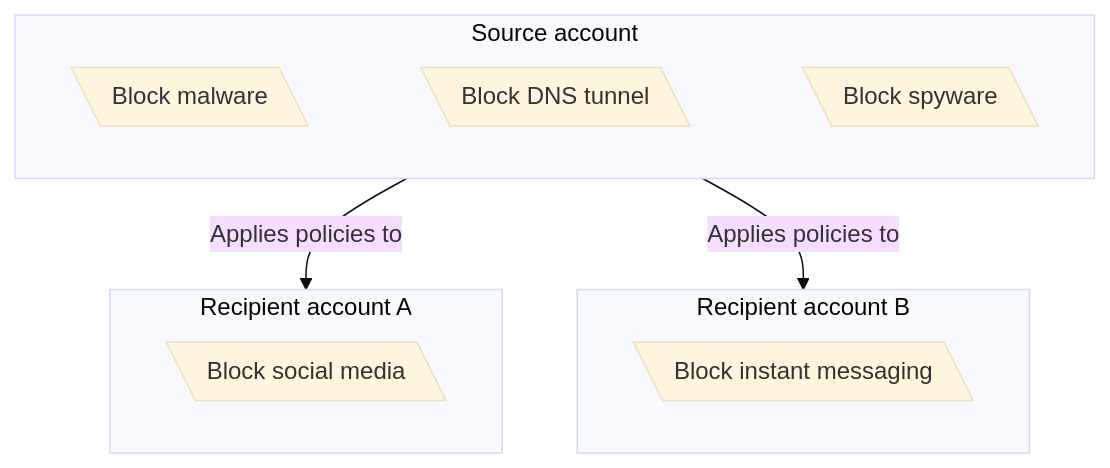
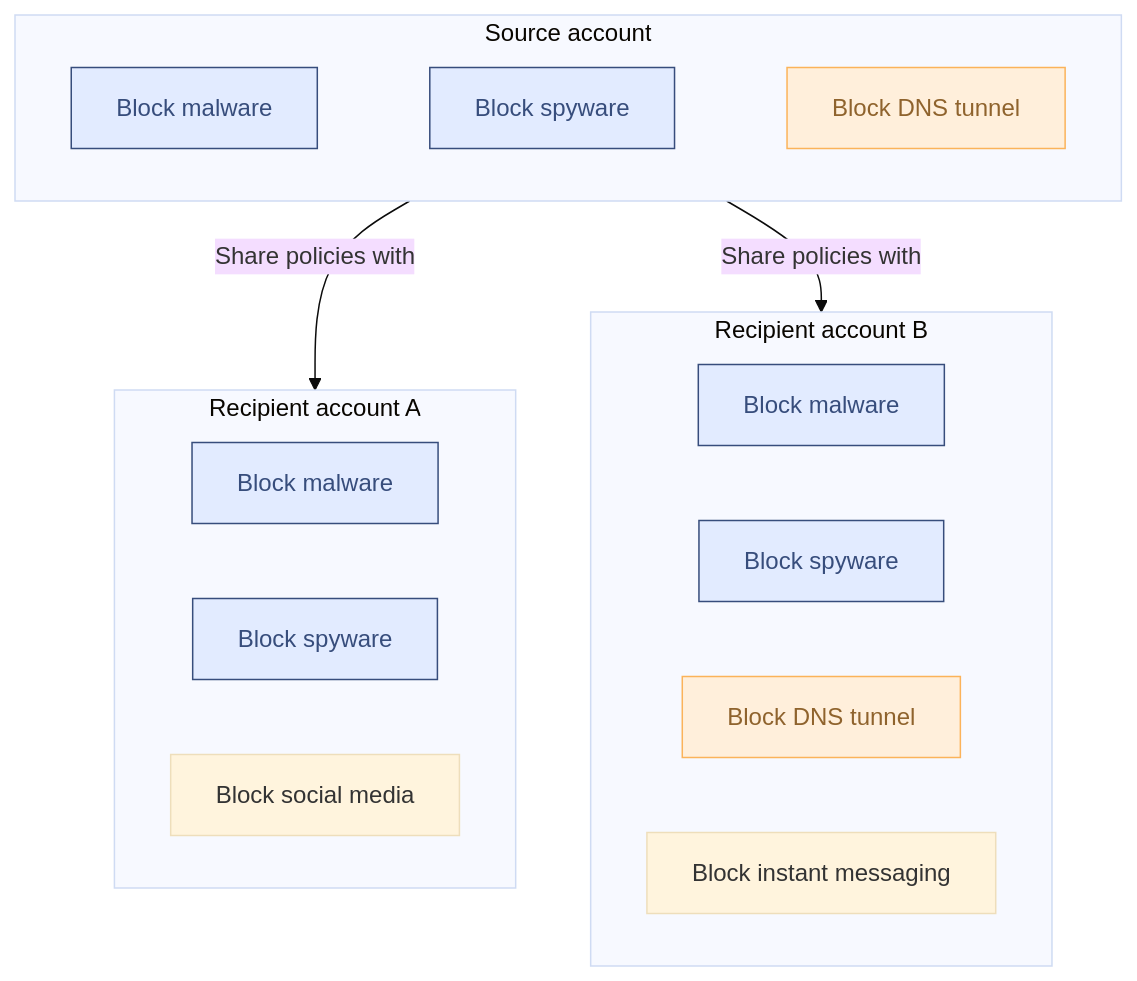
The diagram in src/content/docs/cloudflare-one/policies/gateway/tiered-policies/index.mdx (sofyanori111-png/cloudflare-docs), drawn with Mermaid (base theme) before and after one commit. The commit also changed other lines of this file and 1 other file, not shown here.

Commit message:
Update mermaid chart

````diff
--- a/src/content/docs/cloudflare-one/policies/gateway/tiered-policies/index.mdx
+++ b/src/content/docs/cloudflare-one/policies/gateway/tiered-policies/index.mdx
@@ -33,28 +35,43 @@
 ```mermaid
 flowchart TD
 %% Accessibility
  accTitle: How Gateway policies work in a tiered account configuration
- accDescr: Flowchart describing the order of precedence Gateway applies policies in a tiered account configuration.
+ accDescr: Flowchart describing the order of precedence Gateway applies policies in a tiered account configuration using Cloudflare Organizations.
 
 %% Flowchart
  subgraph s1["Source account"]
         n1["Block malware"]
-        n2["Block DNS tunnel"]
-        n3["Block spyware"]
+        n2["Block spyware"]
+        n3["Block DNS tunnel"]
   end
  subgraph s2["Recipient account A"]
+        n5["Block malware"]
+        n6["Block spyware"]
         n4["Block social media"]
   end
  subgraph s3["Recipient account B"]
-        n5["Block instant messaging"]
+        n8["Block malware"]
+        n9["Block spyware"]
+        n10["Block DNS tunnel"]
+        n7["Block instant messaging"]
   end
     n1 ~~~ n2
     n2 ~~~ n3
-    s1 -- "Applies policies to" --> s2 & s3
+    s1 -- Share policies with --> s2 & s3
 
-    n1@{ shape: lean-l}
-    n2@{ shape: lean-l}
-    n3@{ shape: lean-l}
-    n4@{ shape: lean-l}
-    n5@{ shape: lean-l}
+    n1@{ shape: rect}
+    n2@{ shape: rect}
+    n3@{ shape: rect}
+    n4@{ shape: rect}
+    n5@{ shape: rect}
+     n1:::Sky
+     n2:::Sky
+     n3:::Peach
+     n5:::Sky
+     n6:::Sky
+     n8:::Sky
+     n9:::Sky
+     n10:::Peach
+    classDef Sky stroke-width:1px, stroke-dasharray:none, stroke:#374D7C, fill:#E2EBFF, color:#374D7C
+    classDef Peach stroke-width:1px, stroke-dasharray:none, stroke:#FBB35A, fill:#FFEFDB, color:#8F632D
 ```
````
